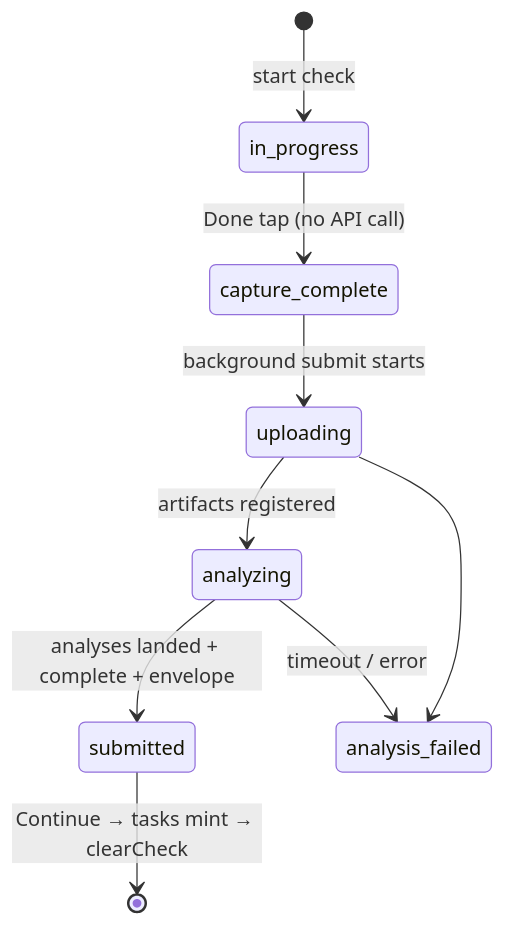
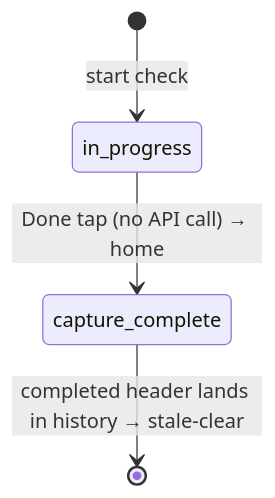
The fourth of 6 diagrams in docs/perimeter-check-data-flow.md (Mayor-s-Office-of-Innovation/good-neighbor-app), drawn with Mermaid before and after one commit. The commit also changed other lines of this file and 2 other files, not shown here.

````diff
--- a/docs/perimeter-check-data-flow.md
+++ b/docs/perimeter-check-data-flow.md
@@ -335,11 +359,6 @@
 ```mermaid
 stateDiagram-v2
   [*] --> in_progress: start check
-  in_progress --> capture_complete: Done tap (no API call)
-  capture_complete --> uploading: background submit starts
-  uploading --> analyzing: artifacts registered
-  analyzing --> submitted: analyses landed + complete + envelope
-  analyzing --> analysis_failed: timeout / error
-  uploading --> analysis_failed
-  submitted --> [*]: Continue → tasks mint → clearCheck
+  in_progress --> capture_complete: Done tap (no API call) → home
+  capture_complete --> [*]: completed header lands in history → stale-clear
 ```
````
